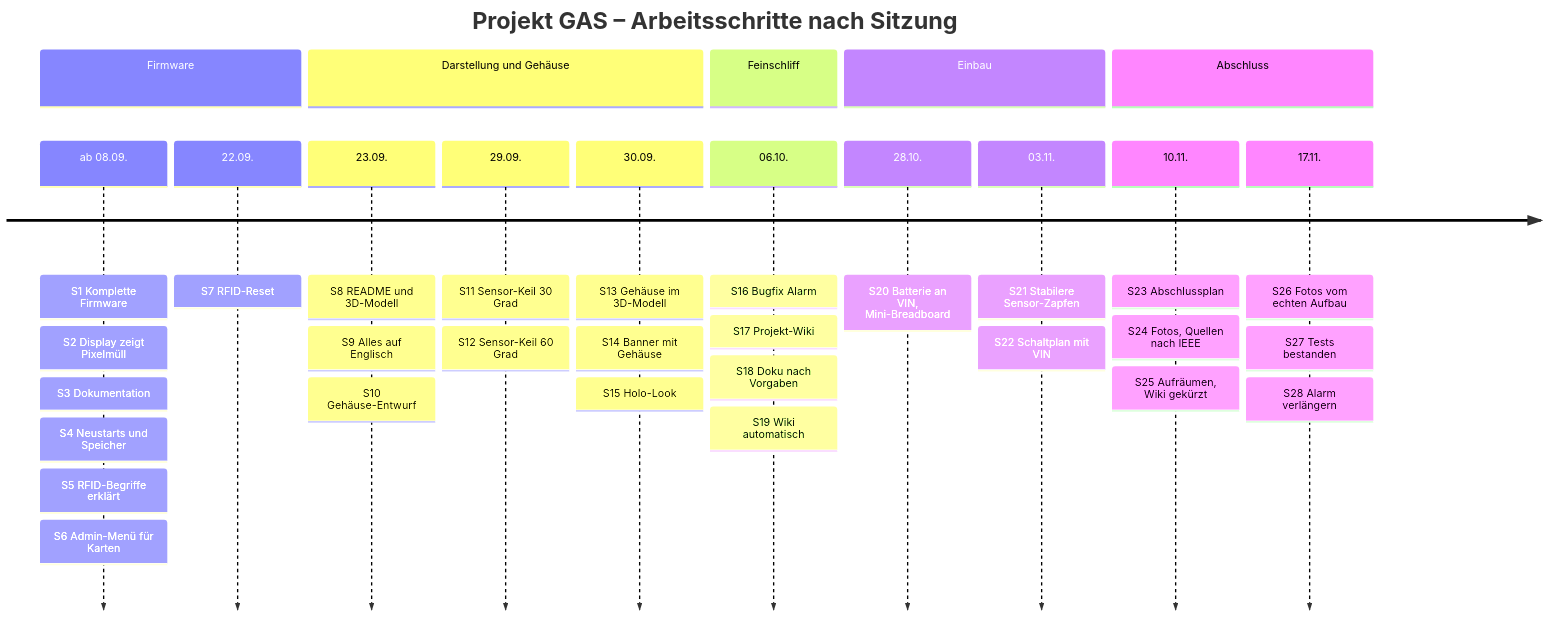
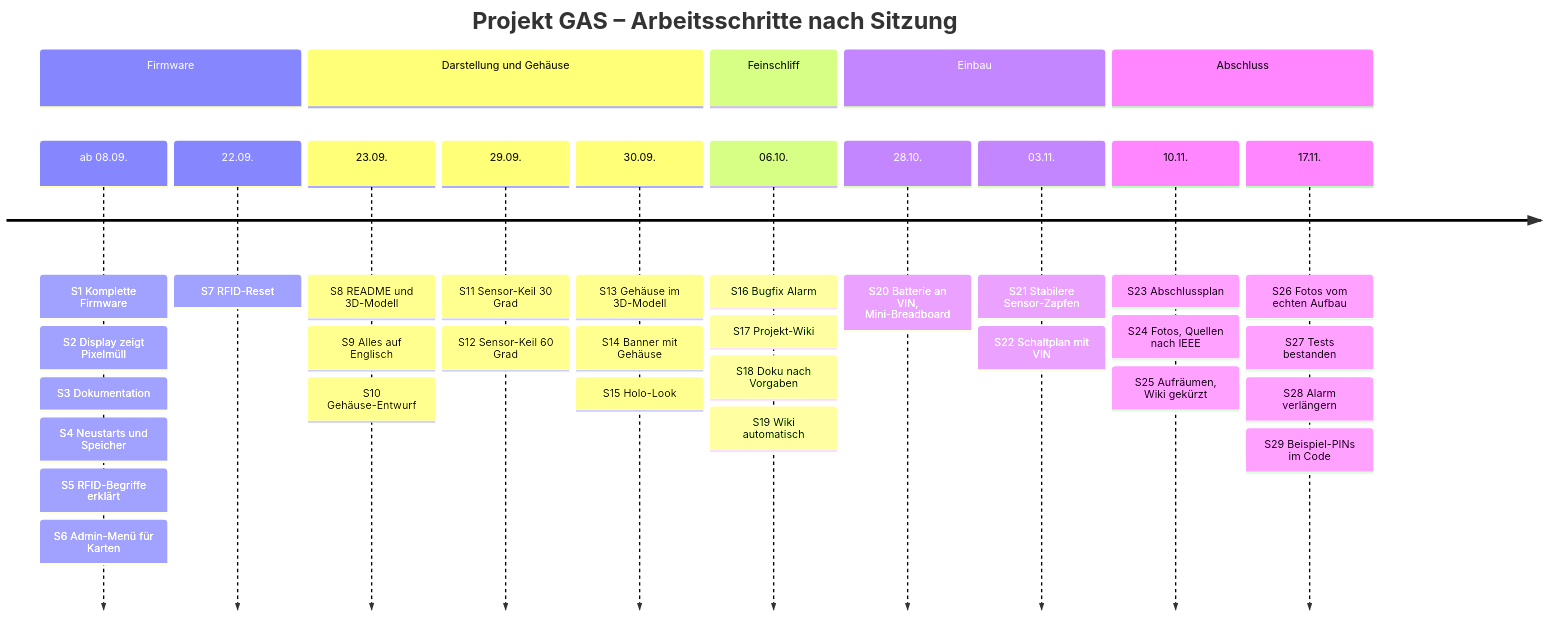
The first of 3 diagrams in wiki/Entwicklungsverlauf.md (BBZ-AIFS51/LF7-Projekt_GAS), drawn with Mermaid before and after one commit. The commit also changed other lines of this file and 9 other files, not shown here.

````diff
--- a/wiki/Entwicklungsverlauf.md
+++ b/wiki/Entwicklungsverlauf.md
@@ -23,37 +23,38 @@
 ```mermaid
 timeline
     title Projekt GAS – Arbeitsschritte nach Sitzung
     section Firmware
         ab 08.09. : S1 Komplette Firmware
                   : S2 Display zeigt Pixelmüll
                   : S3 Dokumentation
                   : S4 Neustarts und Speicher
                   : S5 RFID-Begriffe erklärt
                   : S6 Admin-Menü für Karten
         22.09. : S7 RFID-Reset
     section Darstellung und Gehäuse
         23.09. : S8 README und 3D-Modell
                : S9 Alles auf Englisch
                : S10 Gehäuse-Entwurf
         29.09. : S11 Sensor-Keil 30 Grad
                : S12 Sensor-Keil 60 Grad
         30.09. : S13 Gehäuse im 3D-Modell
                : S14 Banner mit Gehäuse
                : S15 Holo-Look
     section Feinschliff
         06.10. : S16 Bugfix Alarm
                : S17 Projekt-Wiki
                : S18 Doku nach Vorgaben
                : S19 Wiki automatisch
     section Einbau
         28.10. : S20 Batterie an VIN, Mini-Breadboard
         03.11. : S21 Stabilere Sensor-Zapfen
                : S22 Schaltplan mit VIN
     section Abschluss
         10.11. : S23 Abschlussplan
                : S24 Fotos, Quellen nach IEEE
                : S25 Aufräumen, Wiki gekürzt
         17.11. : S26 Fotos vom echten Aufbau
                : S27 Tests bestanden
                : S28 Alarm verlängern
+               : S29 Beispiel-PINs im Code
 ```
````
